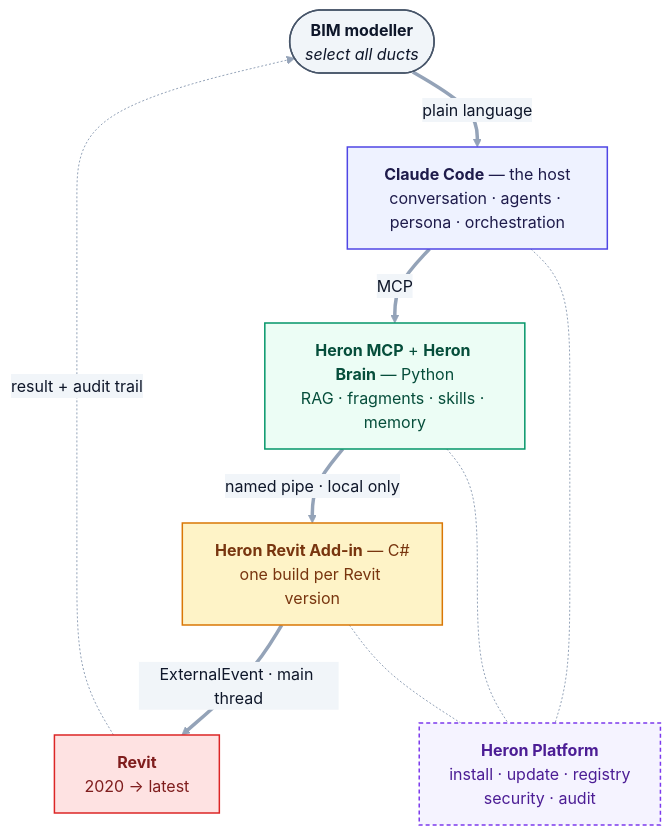
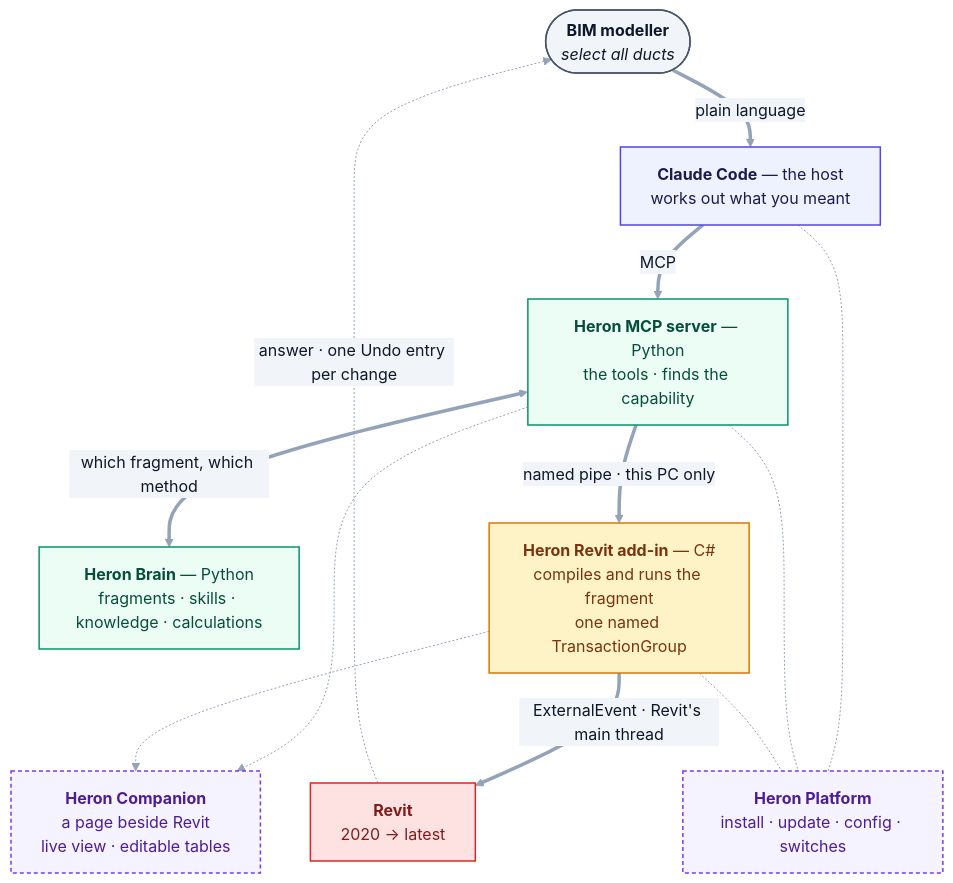
One commit to Ajmalpshaik/Heron-AI changed the diagram in README.md. Above: the diagram before and after it, drawn with Mermaid. The commit also changed other lines of this file and 72 other files, not shown here.

````diff
--- a/README.md
+++ b/README.md
@@ -141,32 +85,37 @@
 ```mermaid
 %%{init: {"themeVariables": {"edgeLabelBackground":"#F1F5F9","lineColor":"#94A3B8","textColor":"#0F172A","tertiaryTextColor":"#0F172A"}}}%%
 flowchart TD
     U(["<b>BIM modeller</b><br/><i>select all ducts</i>"])
-    CC["<b>Claude Code</b> — the host<br/>conversation · agents · persona · orchestration"]
-    BR["<b>Heron MCP</b> + <b>Heron Brain</b> — Python<br/>RAG · fragments · skills · memory"]
-    AD["<b>Heron Revit Add-in</b> — C#<br/>one build per Revit version"]
+    CC["<b>Claude Code</b> — the host<br/>works out what you meant"]
+    MS["<b>Heron MCP server</b> — Python<br/>the tools · finds the capability"]
+    BR["<b>Heron Brain</b> — Python<br/>fragments · skills · knowledge · calculations"]
+    AD["<b>Heron Revit add-in</b> — C#<br/>compiles and runs the fragment<br/>one named TransactionGroup"]
     RV["<b>Revit</b><br/>2020 → latest"]
-    PL["<b>Heron Platform</b><br/>install · update · registry<br/>security · audit"]
+    CP["<b>Heron Companion</b><br/>a page beside Revit<br/>live view · editable tables"]
+    PL["<b>Heron Platform</b><br/>install · update · config · switches"]
 
-    RV -.->|result + audit trail| U
     U ==>|plain language| CC
-    CC ==>|MCP| BR
-    BR ==>|named pipe · local only| AD
-    AD ==>|ExternalEvent · main thread| RV
+    CC ==>|MCP| MS
+    MS <==>|which fragment, which method| BR
+    MS ==>|named pipe · this PC only| AD
+    AD ==>|ExternalEvent · Revit's main thread| RV
+    RV -.->|answer · one Undo entry per change| U
+    MS -.-> CP
+    AD -.-> CP
     CC -.- PL
-    BR -.- PL
+    MS -.- PL
     AD -.- PL
 
     classDef user fill:#F1F5F9,stroke:#475569,stroke-width:1.5px,color:#0F172A
     classDef host fill:#EEF2FF,stroke:#4F46E5,stroke-width:1.5px,color:#1E1B4B
     classDef brain fill:#ECFDF5,stroke:#059669,stroke-width:1.5px,color:#064E3B
     classDef addin fill:#FEF3C7,stroke:#D97706,stroke-width:1.5px,color:#78350F
     classDef revit fill:#FEE2E2,stroke:#DC2626,stroke-width:1.5px,color:#7F1D1D
     classDef plat fill:#F5F3FF,stroke:#7C3AED,stroke-width:1.5px,color:#4C1D95,stroke-dasharray:4 3
     class U user
     class CC host
-    class BR brain
+    class MS,BR brain
     class AD addin
     class RV revit
-    class PL plat
+    class CP,PL plat
 ```
````
